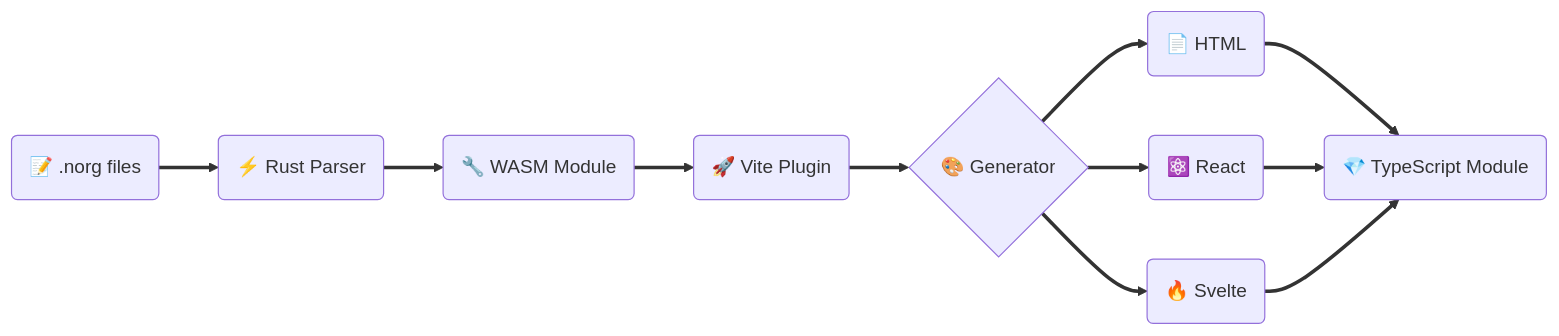
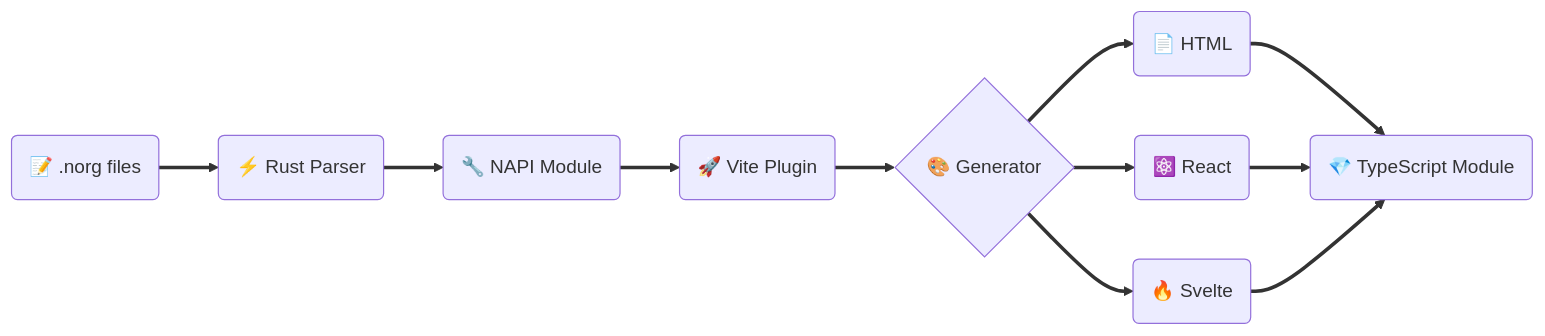
One commit to bottd/vite-plugin-norg changed the diagram in README.md. Above: the diagram before and after it, drawn with Mermaid. The commit also changed other lines of this file and 24 other files, not shown here.

````diff
--- a/README.md
+++ b/README.md
@@ -68,15 +68,15 @@
 ```mermaid
 graph LR
     A(📝 .norg files) ==> B(⚡ Rust Parser)
-    B ==> C(🔧 WASM Module)
+    B ==> C(🔧 NAPI Module)
     C ==> D(🚀 Vite Plugin)
     D ==> E{🎨 Generator}
     E ==> F(📄 HTML)
     E ==> G(⚛️ React)
     E ==> H(🔥 Svelte)
     F ==> I(💎 TypeScript Module)
     G ==> I
     H ==> I
 
     linkStyle default stroke-width:3px
 ```
````
